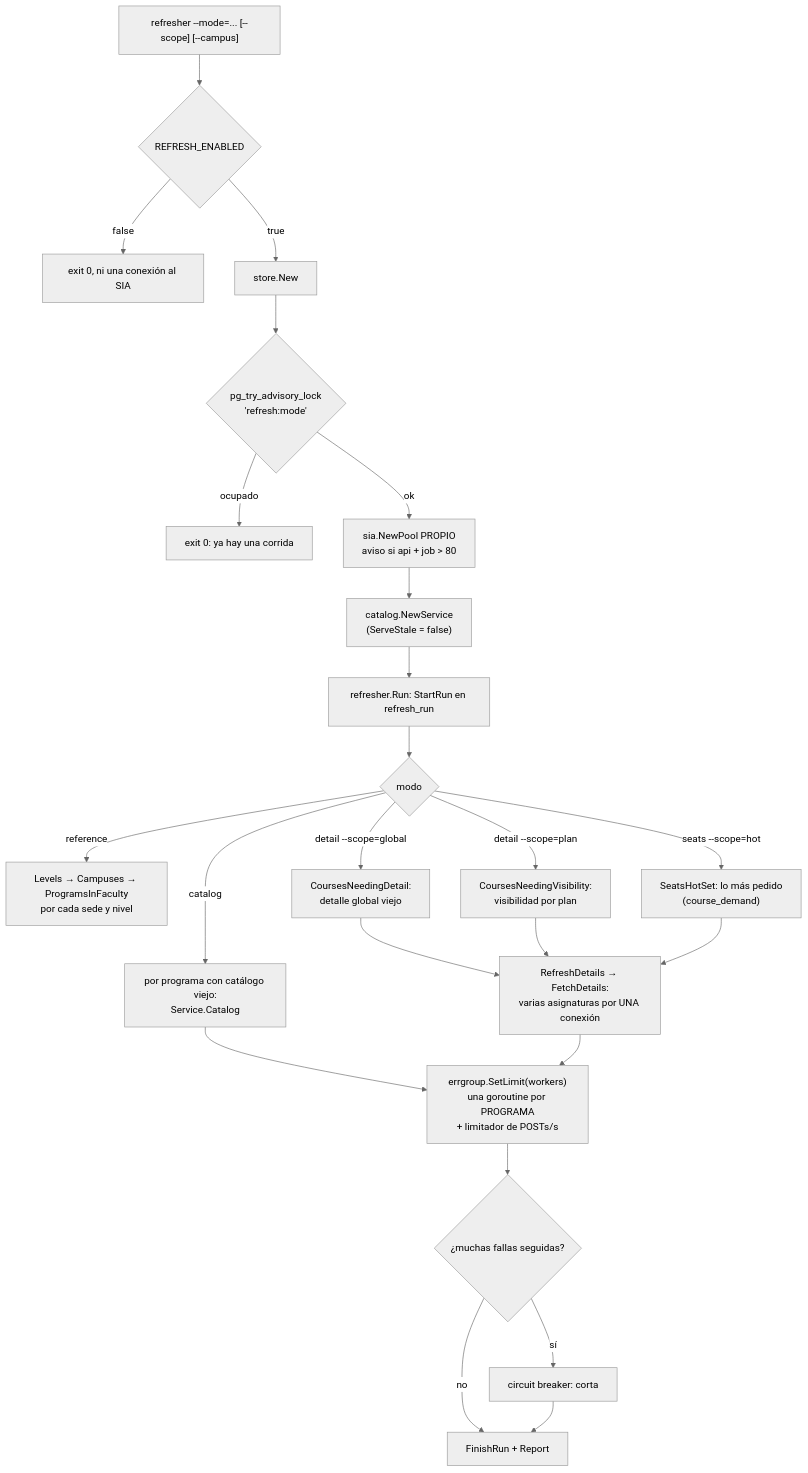
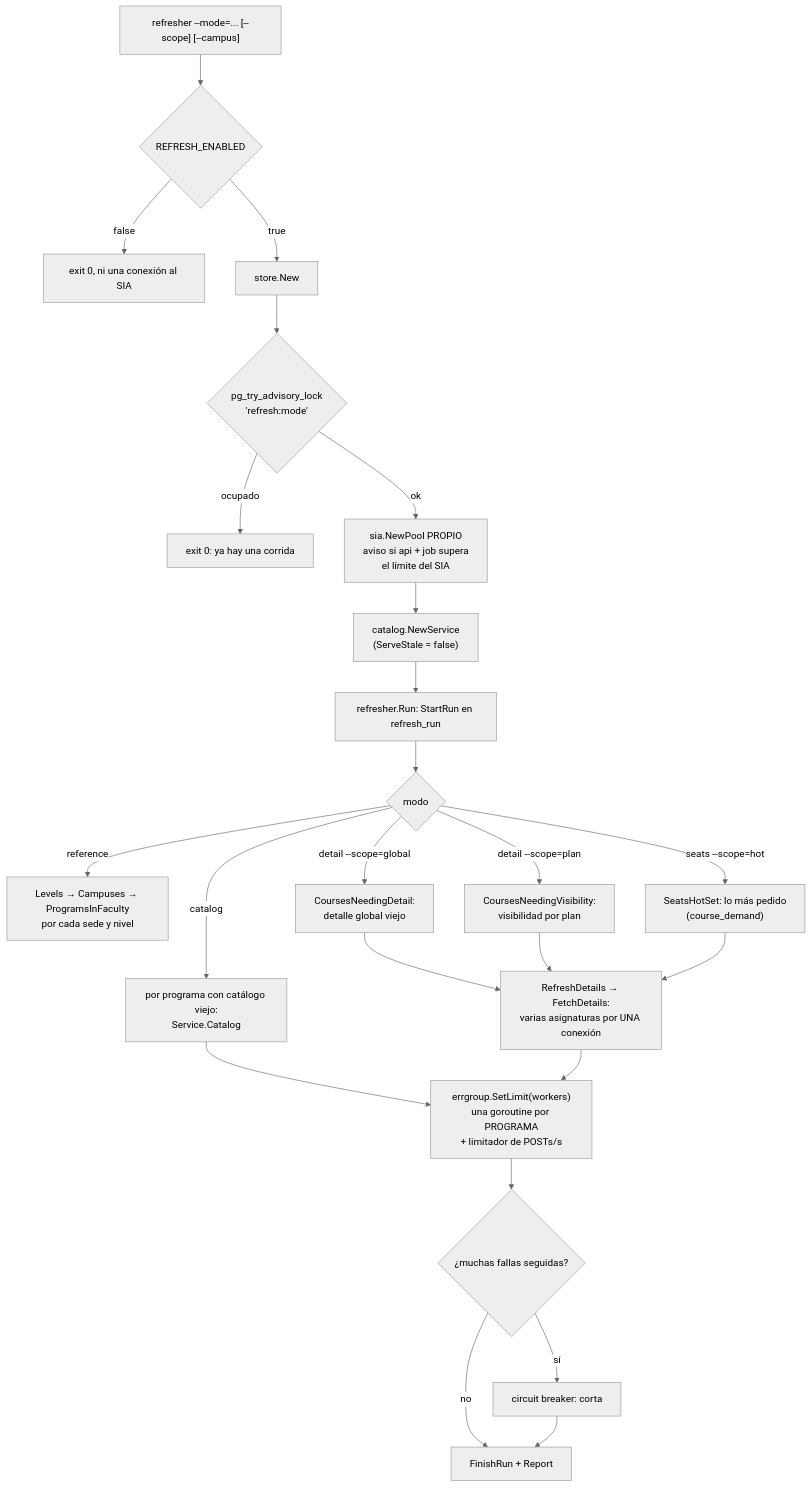
One commit to gabotachak/sia-unal-bridge changed diagram 18 of 20 in docs/diagram.md. Above: the diagram before and after it, drawn with Mermaid (neutral theme). The commit also changed other lines of this file and 8 other files, not shown here.

````diff
--- a/docs/diagram.md
+++ b/docs/diagram.md
@@ -681,29 +690,29 @@
 ```mermaid
 flowchart TD
     start["refresher --mode=... [--scope] [--campus]"] --> en{"REFRESH_ENABLED"}
     en -- false --> bye["exit 0, ni una conexión al SIA"]
     en -- true --> st["store.New"]
     st --> lock{"pg_try_advisory_lock<br/>'refresh:mode'"}
     lock -- "ocupado" --> skip["exit 0: ya hay una corrida"]
-    lock -- ok --> pool["sia.NewPool PROPIO<br/>aviso si api + job &gt; 80"]
+    lock -- ok --> pool["sia.NewPool PROPIO<br/>aviso si api + job supera<br/>el límite del SIA"]
     pool --> svc["catalog.NewService<br/>(ServeStale = false)"]
     svc --> run["refresher.Run: StartRun en refresh_run"]
     run --> mode{"modo"}
 
     mode -- reference --> mr["Levels → Campuses → ProgramsInFaculty<br/>por cada sede y nivel"]
     mode -- catalog --> mc["por programa con catálogo viejo:<br/>Service.Catalog"]
     mode -- "detail --scope=global" --> md["CoursesNeedingDetail:<br/>detalle global viejo"]
     mode -- "detail --scope=plan" --> mp["CoursesNeedingVisibility:<br/>visibilidad por plan"]
     mode -- "seats --scope=hot" --> ms["SeatsHotSet: lo más pedido<br/>(course_demand)"]
 
     md --> fd["RefreshDetails → FetchDetails:<br/>varias asignaturas por UNA conexión"]
     mp --> fd
     ms --> fd
 
     mc --> eg
     fd --> eg["errgroup.SetLimit(workers)<br/>una goroutine por PROGRAMA<br/>+ limitador de POSTs/s"]
     eg --> cb{"¿muchas fallas seguidas?"}
     cb -- sí --> brk["circuit breaker: corta"]
     cb -- no --> fin["FinishRun + Report"]
     brk --> fin
 ```
````
